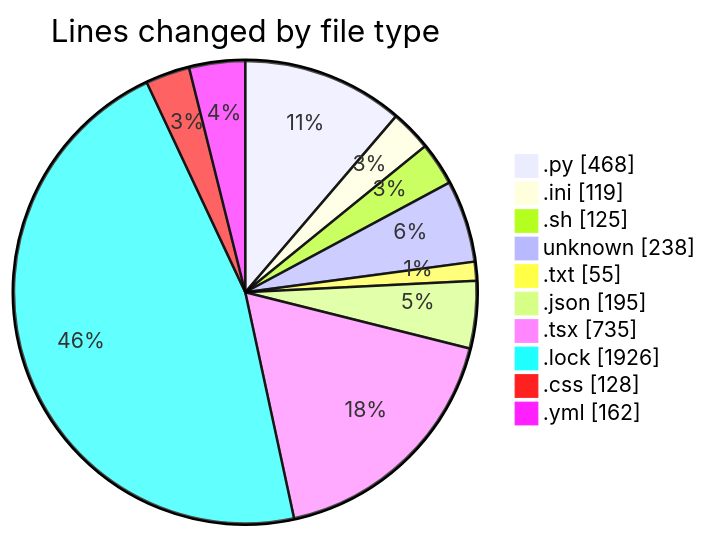
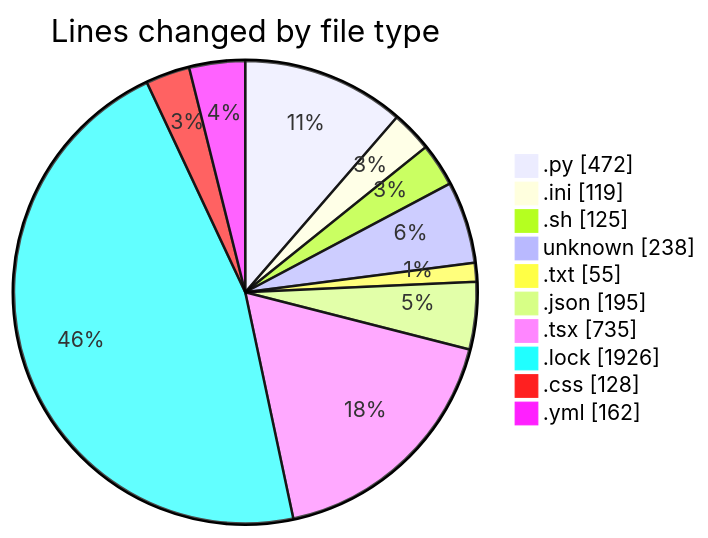
Before and after one commit to Elitesun/code-tracking: the first of 2 diagrams in 2025-05-12/niten/README.md, drawn with Mermaid. The commit also changed other lines of this file and 1 other file, not shown here.

````diff
--- a/2025-05-12/niten/README.md
+++ b/2025-05-12/niten/README.md
@@ -38,14 +38,14 @@
 ```mermaid
 pie showData
 title Lines changed by file type
-".py" : 468
+".py" : 472
 ".ini" : 119
 ".sh" : 125
 "unknown" : 238
 ".txt" : 55
 ".json" : 195
 ".tsx" : 735
 ".lock" : 1926
 ".css" : 128
 ".yml" : 162
 ```
````
